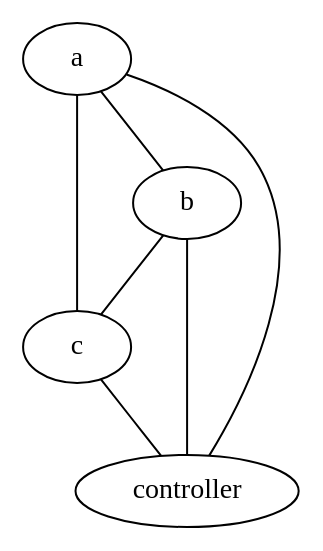
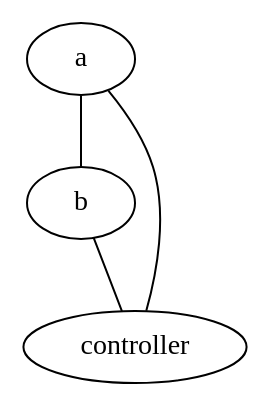
One commit to jsommers/fs changed the diagram in conf/openflow1.dot. Above: the diagram before and after it, drawn with Graphviz. The commit also changed 6 other files, not shown here.

Commit message:
Update controller attribute for components

```diff
--- a/conf/openflow1.dot
+++ b/conf/openflow1.dot
@@ -1,55 +1,43 @@
 graph test {
     // global settings for measurements
     counterexportfile="counters"
     flowexport=text
     flowsampling=1.0
     pktsampling=1.0
     exportcycle=60
     counterexport=True
     counterexportinterval=1
     longflowtmo=60
     flowinactivetmo=60
 
     a [ 
         type="OpenflowSwitch"
         controller="controller"
         autoack="False"
+
         ipdests="10.1.0.0/16"
+        m1="modulator start=0 generator=s1 profile=((3600,),(1,))"
+        s1="simple ipsrc=10.1.1.0/24 ipdst=10.2.1.0/24 flowlets=1 dport=randomunifint(1024,65535) sport=randomunifint(1024,65535) ipproto=udp pkts=randomchoice(8333) bytes=randomchoice(12500000) continuous=True fps=1"
         traffic="m1"
-        m1="modulator start=0.0 generator=s1 profile=((3600,),(1,))"
-        s1="harpoon ipsrc=10.1.1.0/24 ipdst=10.3.1.0/24 flowsize=randomchoice(10000) flowstart=randomchoice(1) ipproto=randomchoice(6) sport=randomchoice(22,80,443) dport=randomunifint(1025,65535) lossrate=randomchoice(0.001)"
     ];
 
     b [ 
         type="OpenflowSwitch"
         controller="controller"
         autoack="False"
         ipdests="10.2.0.0/16" 
-        traffic="m2"
-        m2="modulator start=0.0 generator=s2 profile=((3600,),(1,))"
-        s2="harpoon ipsrc=10.3.1.0/24 ipdst=10.1.1.0/24 flowsize=randomchoice(10000) flowstart=randomchoice(1) ipproto=randomchoice(6) sport=randomchoice(22,80,443) dport=randomunifint(1025,65535) lossrate=randomchoice(0.001)"
-    ];
-
-    c [ 
-        type="OpenflowSwitch"
-        controller="controller"
-        autoack="False"
-        ipdests="10.3.0.0/16 10.4.0.0/16 10.0.0.0/8" 
     ];
 
     controller [
         type="OpenflowController"
-	forwarding="pox.forwarding.l3_learning"
+	components="pox.forwarding.hub"
     ];
 
 
     // data path links 
-    a -- b [weight=10, capacity=100000000, delay=0.043];
-    b -- c [weight=10, capacity=100000000, delay=0.031];
-    a -- c [weight=30, capacity=100000000, delay=0.123];
+    a -- b [weight=10, capacity=100000000, delay=0.050];
 
     // control links between ofcontroller and each ofswitch
-    a -- controller [ capacity=1000000000, delay=0.01 ]
-    b -- controller [ capacity=1000000000, delay=0.01 ]
-    c -- controller [ capacity=1000000000, delay=0.01 ]
+    a -- controller [ capacity=1000000000, delay=0.001 ]
+    b -- controller [ capacity=1000000000, delay=0.001 ]
 }
```
